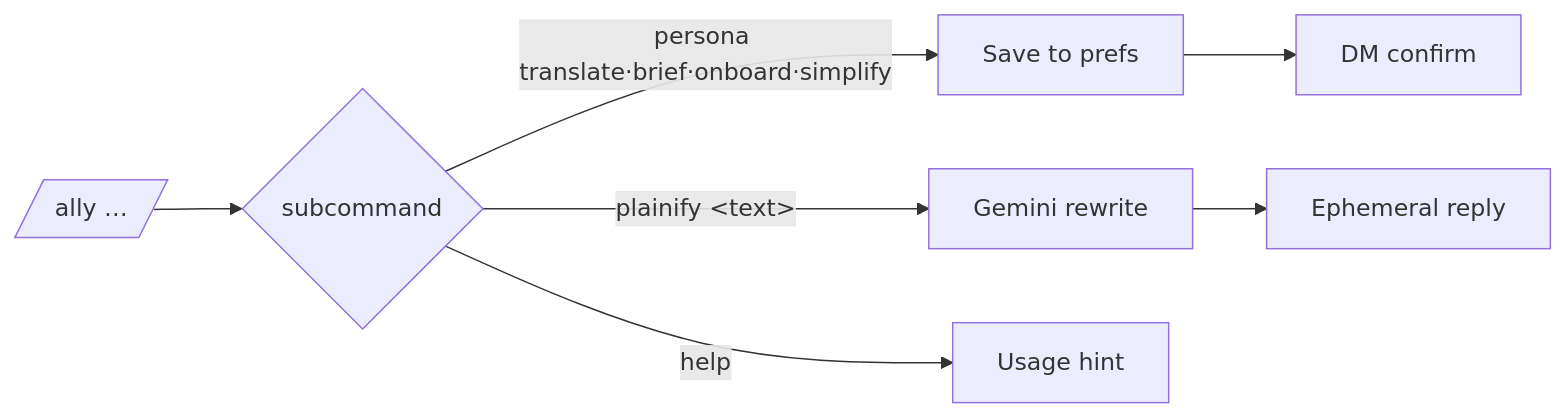
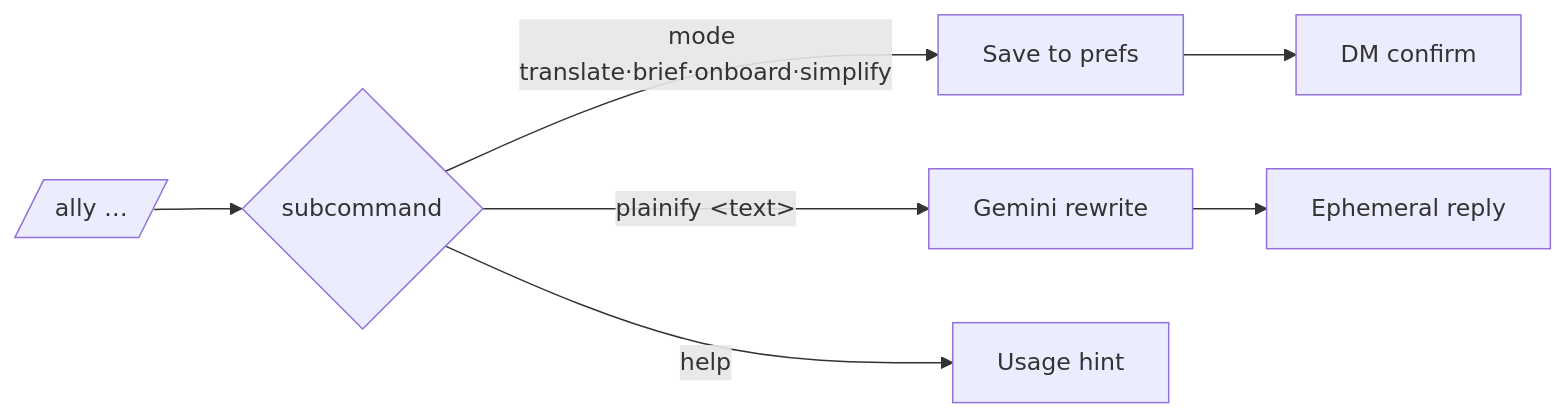
The third of 5 diagrams in README.md (faketut/AccessibilityAlly), drawn with Mermaid before and after one commit. The commit also changed other lines of this file and 20 other files, not shown here.

First line of the commit message:
refactor: rename persona -> mode across the codebase

````diff
--- a/README.md
+++ b/README.md
@@ -100,7 +100,7 @@
 ```mermaid
 flowchart LR
   U[/ally …/] --> R{subcommand}
-  R -->|persona translate·brief·onboard·simplify| P[Save to prefs] --> M1[DM confirm]
+  R -->|mode translate·brief·onboard·simplify| P[Save to prefs] --> M1[DM confirm]
   R -->|plainify &lt;text&gt;| G[Gemini rewrite] --> M2[Ephemeral reply]
   R -->|help| H[Usage hint]
 ```
````
